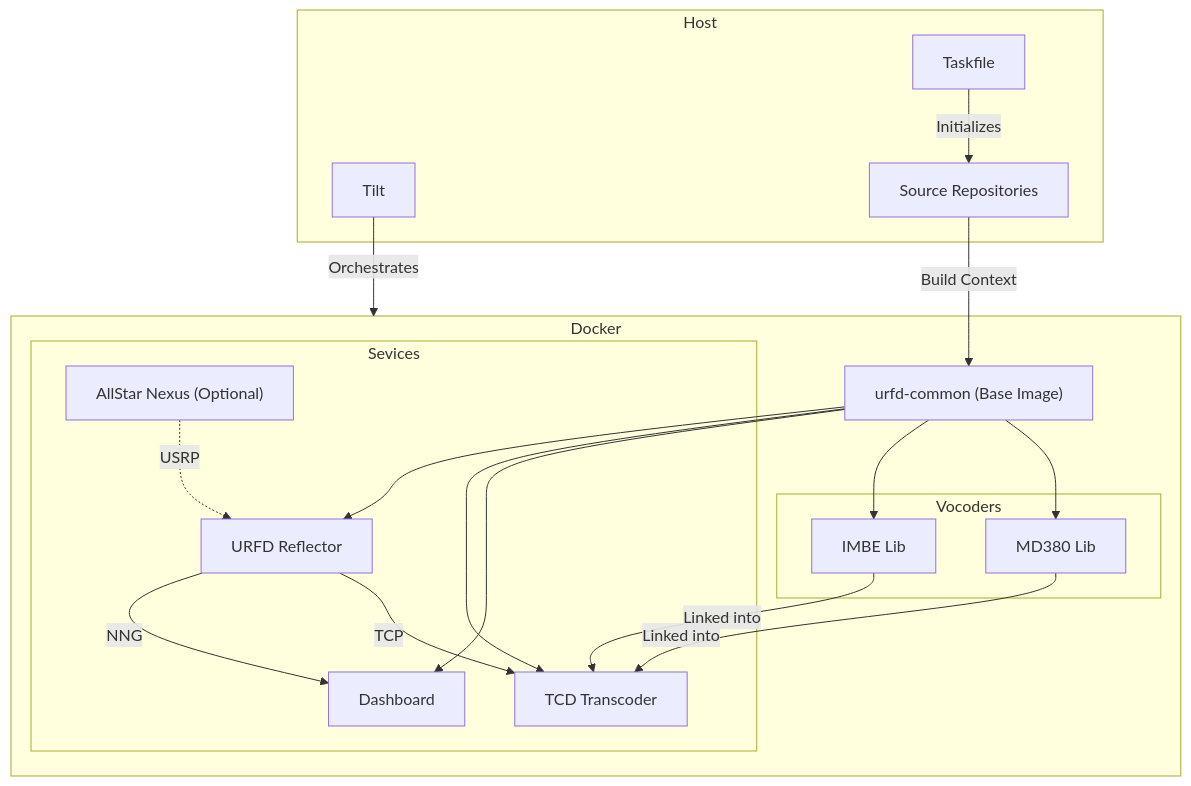
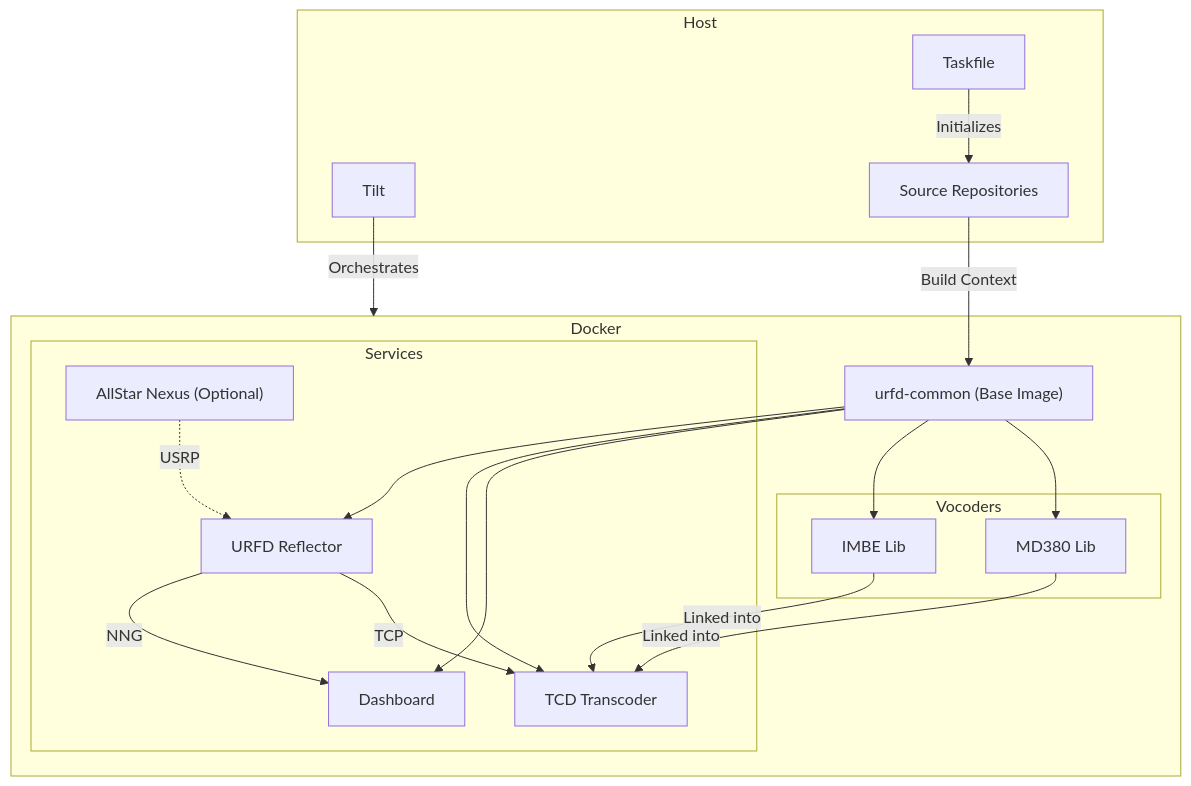
One commit to dbehnke/urfd-tilt changed the diagram in README.md. Above: the diagram before and after it, drawn with Mermaid. The commit also changed other lines of this file, not shown here.

````diff
--- a/README.md
+++ b/README.md
@@ -9,33 +9,33 @@
 ```mermaid
 graph TD
     subgraph Host
         Tilt[Tilt]
         Task[Taskfile]
         Repos[Source Repositories]
     end
 
     subgraph Docker
         Common["urfd-common (Base Image)"]
         
         subgraph Vocoders
             Imbe[IMBE Lib]
             MD380[MD380 Lib]
         end
 
-        subgraph Sevices
+        subgraph Services
             URFD[URFD Reflector]
             TCD[TCD Transcoder]
             Dash[Dashboard]
             Nexus["AllStar Nexus (Optional)"]
         end
     end
 
     Tilt -->|Orchestrates| Docker
     Task -->|Initializes| Repos
     Repos -->|Build Context| Common
     Common --> Imbe & MD380 & URFD & TCD & Dash
     Imbe & MD380 -->|Linked into| TCD
     URFD -->|NNG| Dash
     URFD -->|TCP| TCD
     Nexus -.->|USRP| URFD
 ```
````
